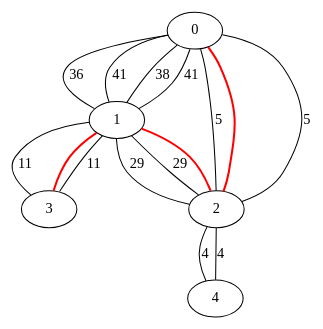
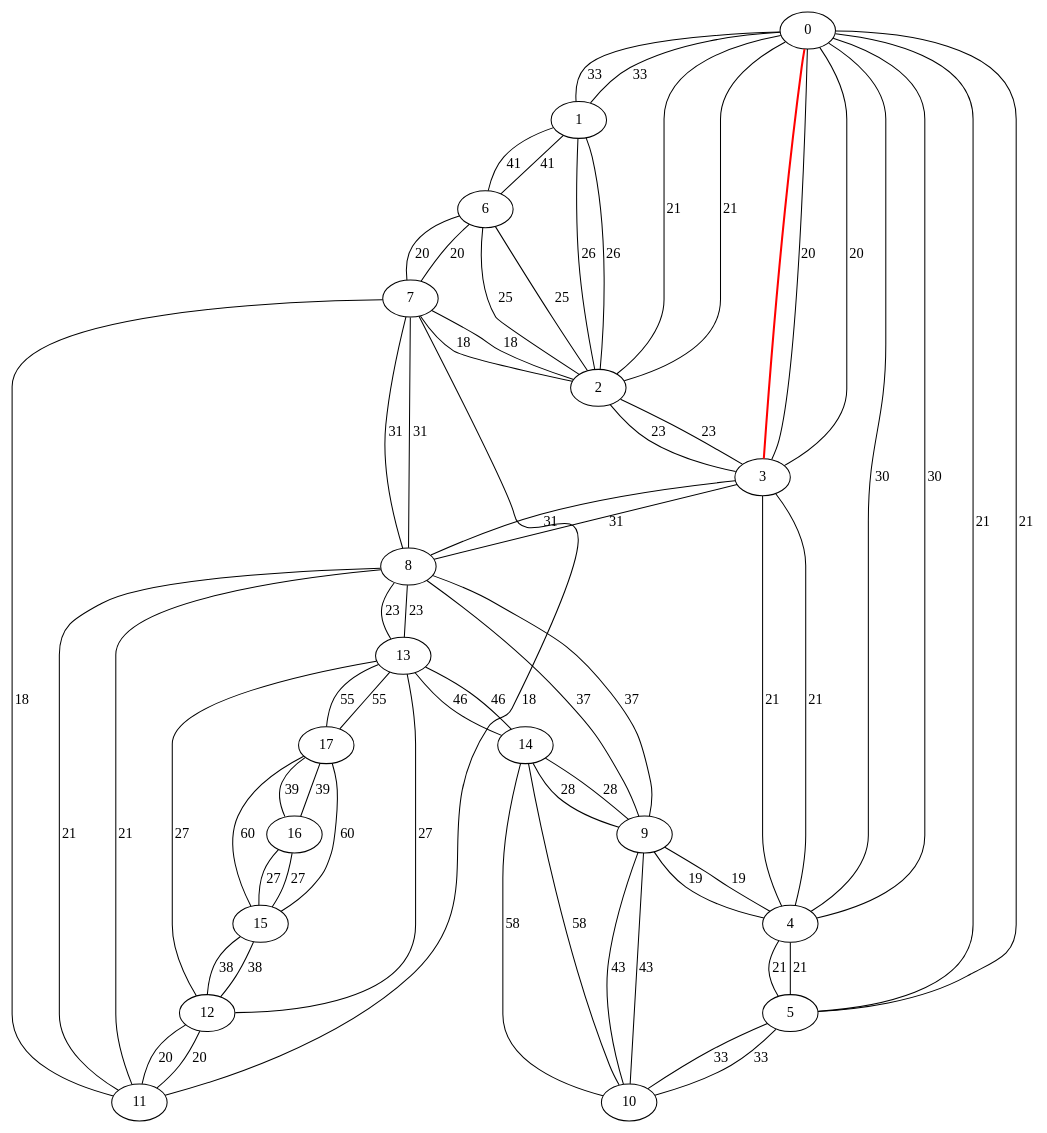
The diagram in output/graph.dot (Ryder-Oonster/Algorithms_FinalGroupProject), drawn with Graphviz before and after one commit. The commit also changed 25 other files, not shown here.

```diff
--- a/output/graph.dot
+++ b/output/graph.dot
@@ -1,19 +1,69 @@
 graph DijkstraGraph {
-  0 -- 1 [label="36"];
-  0 -- 1 [label="41"];
-  0 -- 2 [label="5"];
-  1 -- 0 [label="38"];
-  1 -- 0 [label="41"];
-  1 -- 2 [label="29"];
-  1 -- 3 [label="11"];
-  2 -- 1 [label="29"];
-  2 -- 0 [label="5"];
-  2 -- 4 [label="4"];
-  3 -- 1 [label="11"];
-  4 -- 2 [label="4"];
+  0 -- 1 [label="33"];
+  0 -- 2 [label="21"];
+  0 -- 3 [label="20"];
+  0 -- 4 [label="30"];
+  0 -- 5 [label="21"];
+  1 -- 0 [label="33"];
+  1 -- 2 [label="26"];
+  1 -- 6 [label="41"];
+  2 -- 0 [label="21"];
+  2 -- 1 [label="26"];
+  2 -- 3 [label="23"];
+  2 -- 6 [label="25"];
+  2 -- 7 [label="18"];
+  3 -- 0 [label="20"];
+  3 -- 2 [label="23"];
+  3 -- 4 [label="21"];
+  3 -- 8 [label="31"];
+  4 -- 0 [label="30"];
+  4 -- 3 [label="21"];
+  4 -- 5 [label="21"];
+  4 -- 9 [label="19"];
+  5 -- 0 [label="21"];
+  5 -- 4 [label="21"];
+  5 -- 10 [label="33"];
+  6 -- 1 [label="41"];
+  6 -- 2 [label="25"];
+  6 -- 7 [label="20"];
+  7 -- 6 [label="20"];
+  7 -- 2 [label="18"];
+  7 -- 8 [label="31"];
+  7 -- 11 [label="18"];
+  8 -- 3 [label="31"];
+  8 -- 7 [label="31"];
+  8 -- 9 [label="37"];
+  8 -- 11 [label="21"];
+  8 -- 13 [label="23"];
+  9 -- 4 [label="19"];
+  9 -- 8 [label="37"];
+  9 -- 10 [label="43"];
+  9 -- 14 [label="28"];
+  10 -- 5 [label="33"];
+  10 -- 9 [label="43"];
+  10 -- 14 [label="58"];
+  11 -- 7 [label="18"];
+  11 -- 8 [label="21"];
+  11 -- 12 [label="20"];
+  12 -- 11 [label="20"];
+  12 -- 13 [label="27"];
+  12 -- 15 [label="38"];
+  13 -- 12 [label="27"];
+  13 -- 8 [label="23"];
+  13 -- 14 [label="46"];
+  13 -- 17 [label="55"];
+  14 -- 13 [label="46"];
+  14 -- 9 [label="28"];
+  14 -- 10 [label="58"];
+  15 -- 12 [label="38"];
+  15 -- 16 [label="27"];
+  15 -- 17 [label="60"];
+  16 -- 15 [label="27"];
+  16 -- 17 [label="39"];
+  17 -- 15 [label="60"];
+  17 -- 16 [label="39"];
+  17 -- 13 [label="55"];
 
   // Highlight the optimal path
-  0 -- 2 [color=red, penwidth=2.0];
-  2 -- 1 [color=red, penwidth=2.0];
-  1 -- 3 [color=red, penwidth=2.0];
+  0 -- 3 [color=red, penwidth=2.0];
 }
```
